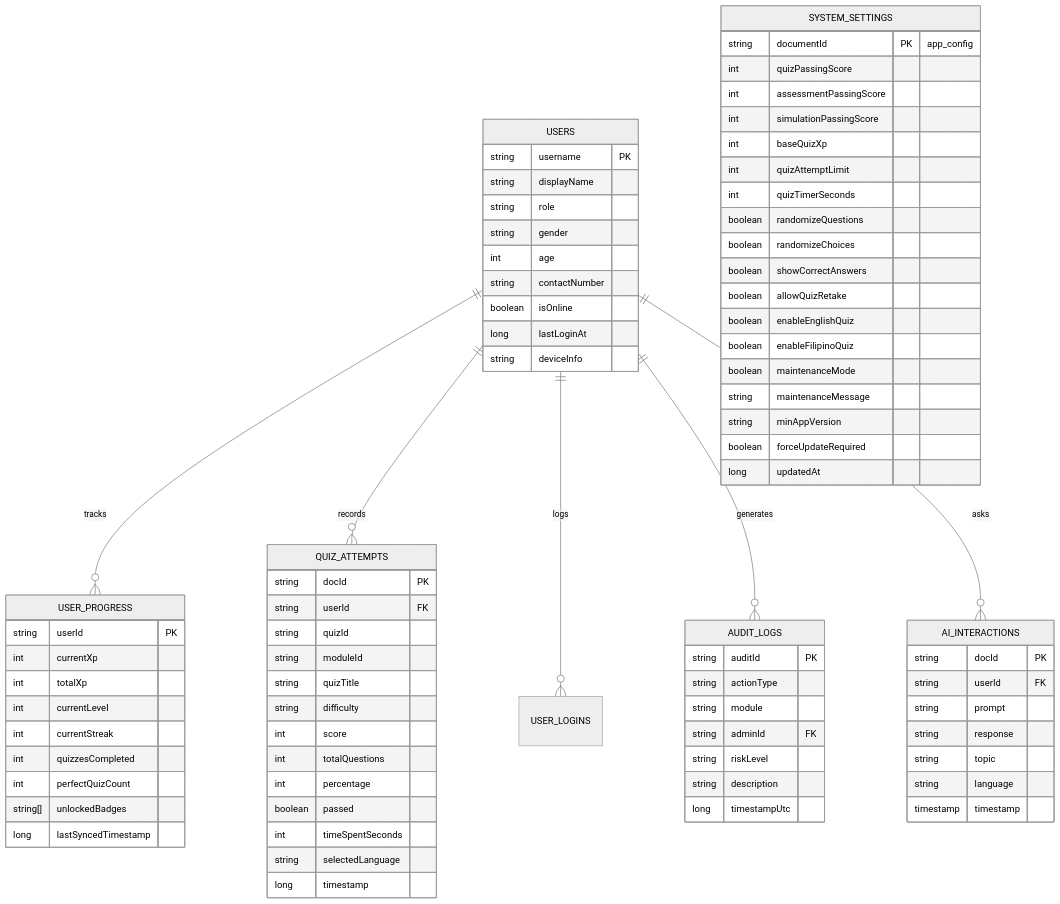
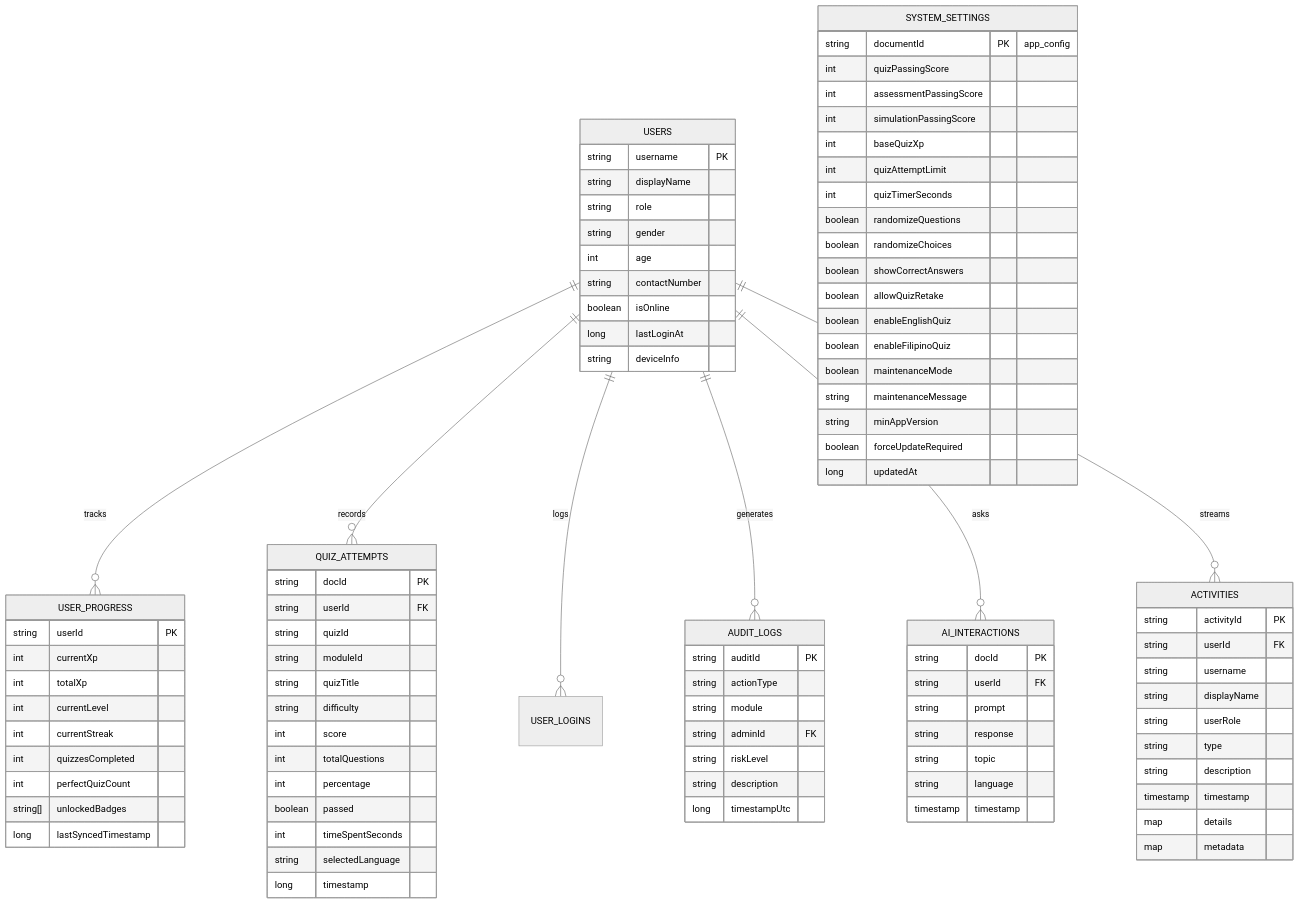
Before and after one commit to jiemmm03/Gamified-Road-Safety-Awareness: the second of 3 diagrams in SYSTEM_FEATURE_AUDIT.md, drawn with Mermaid (neutral theme). The commit also changed other lines of this file, not shown here.

Commit message:
docs(audit): update system feature audit to v3.6.0 with real-time activities and cross-platform sync

```diff
--- a/SYSTEM_FEATURE_AUDIT.md
+++ b/SYSTEM_FEATURE_AUDIT.md
@@ -277,6 +277,7 @@
     USERS ||--o{ USER_LOGINS : logs
     USERS ||--o{ AUDIT_LOGS : generates
     USERS ||--o{ AI_INTERACTIONS : asks
+    USERS ||--o{ ACTIVITIES : streams
 
     USERS {
         string username PK
@@ -288,6 +289,19 @@
         boolean isOnline
         long lastLoginAt
         string deviceInfo
+    }
+
+    ACTIVITIES {
+        string activityId PK
+        string userId FK
+        string username
+        string displayName
+        string userRole
+        string type
+        string description
+        timestamp timestamp
+        map details
+        map metadata
     }
 
     USER_PROGRESS {
```
